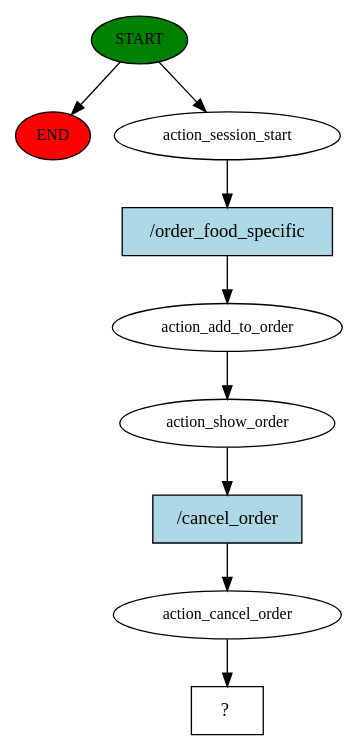
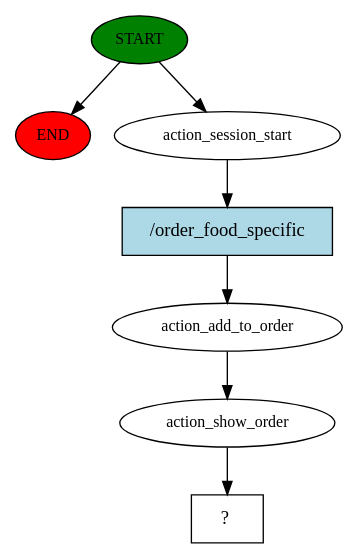
The diagram in story_graph.dot (bighousevn/SE334_Chatbot_13), drawn with Graphviz before and after one commit. The commit also changed 5 other files, not shown here.

```diff
--- a/story_graph.dot
+++ b/story_graph.dot
@@ -1,19 +1,15 @@
 digraph  {
 0 [class="start active", fillcolor=green, fontsize=12, label=START, style=filled];
 "-1" [class=end, fillcolor=red, fontsize=12, label=END, style=filled];
 1 [class=active, fontsize=12, label=action_session_start];
 2 [class=active, fontsize=12, label=action_add_to_order];
 3 [class=active, fontsize=12, label=action_show_order];
-4 [class=active, fontsize=12, label=action_cancel_order];
-5 [class="intent dashed active", label="  ?  ", shape=rect];
-6 [class="intent active", fillcolor=lightblue, label="/order_food_specific", shape=rect, style=filled];
-7 [class="intent active", fillcolor=lightblue, label="/cancel_order", shape=rect, style=filled];
+4 [class="intent dashed active", label="  ?  ", shape=rect];
+5 [class="intent active", fillcolor=lightblue, label="/order_food_specific", shape=rect, style=filled];
 0 -> "-1"  [class="", key=NONE, label=""];
 0 -> 1  [class=active, key=NONE, label=""];
-1 -> 6  [class=active, key=0];
+1 -> 5  [class=active, key=0];
 2 -> 3  [class=active, key=NONE, label=""];
-3 -> 7  [class=active, key=0];
-4 -> 5  [class=active, key=NONE, label=""];
-6 -> 2  [class=active, key=0];
-7 -> 4  [class=active, key=0];
+3 -> 4  [class=active, key=NONE, label=""];
+5 -> 2  [class=active, key=0];
 }
```
